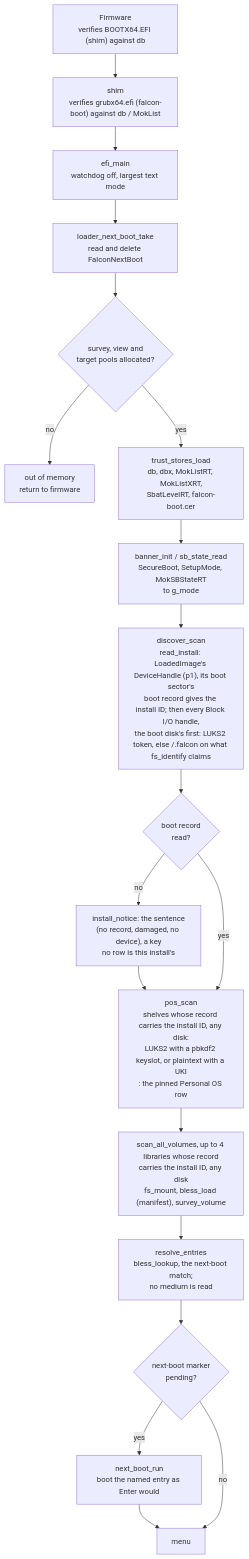
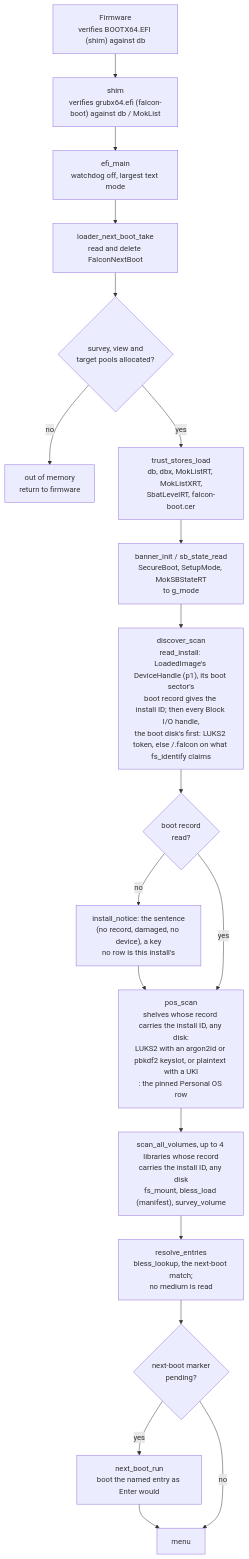
Before and after one commit to vifair22/falcon-boot: the first of 24 diagrams in docs/DESIGN.md, drawn with Mermaid. The commit also changed other lines of this file and 3 other files, not shown here.

````diff
--- a/docs/DESIGN.md
+++ b/docs/DESIGN.md
@@ -2848,21 +2862,21 @@
 ```mermaid
 flowchart TD
     FW["Firmware<br/>verifies BOOTX64.EFI (shim) against db"] --> SHIM["shim<br/>verifies grubx64.efi (falcon-boot) against db / MokList"]
     SHIM --> MAIN["efi_main<br/>watchdog off, largest text mode"]
     MAIN --> NB["loader_next_boot_take<br/>read and delete FalconNextBoot"]
     NB --> POOLS{"survey, view and<br/>target pools allocated?"}
     POOLS -- no --> OOM["out of memory<br/>return to firmware"]
     POOLS -- yes --> TRUST["trust_stores_load<br/>db, dbx, MokListRT, MokListXRT,<br/>SbatLevelRT, falcon-boot.cer"]
     TRUST --> SB["banner_init / sb_state_read<br/>SecureBoot, SetupMode, MokSBStateRT<br/>to g_mode"]
     SB --> DISC["discover_scan<br/>read_install: LoadedImage's DeviceHandle (p1), its boot sector's<br/>boot record gives the install ID; then every Block I/O handle,<br/>the boot disk's first: LUKS2 token, else /.falcon on what fs_identify claims"]
     DISC --> ID{"boot record<br/>read?"}
     ID -- no --> NOTE["install_notice: the sentence<br/>(no record, damaged, no device), a key<br/>no row is this install's"]
     NOTE --> POSS
-    ID -- yes --> POSS["pos_scan<br/>shelves whose record carries the install ID, any disk:<br/>LUKS2 with a pbkdf2 keyslot, or plaintext with a UKI<br/>: the pinned Personal OS row"]
+    ID -- yes --> POSS["pos_scan<br/>shelves whose record carries the install ID, any disk:<br/>LUKS2 with an argon2id or pbkdf2 keyslot, or plaintext with a UKI<br/>: the pinned Personal OS row"]
     POSS --> VOLS["scan_all_volumes, up to 4 libraries whose record<br/>carries the install ID, any disk<br/>fs_mount, bless_load (manifest), survey_volume"]
     VOLS --> PROBE["resolve_entries<br/>bless_lookup, the next-boot match;<br/>no medium is read"]
     PROBE --> PEND{"next-boot marker<br/>pending?"}
     PEND -- yes --> NBR["next_boot_run<br/>boot the named entry as Enter would"]
     NBR --> MENU
     PEND -- no --> MENU["menu"]
 ```
````
